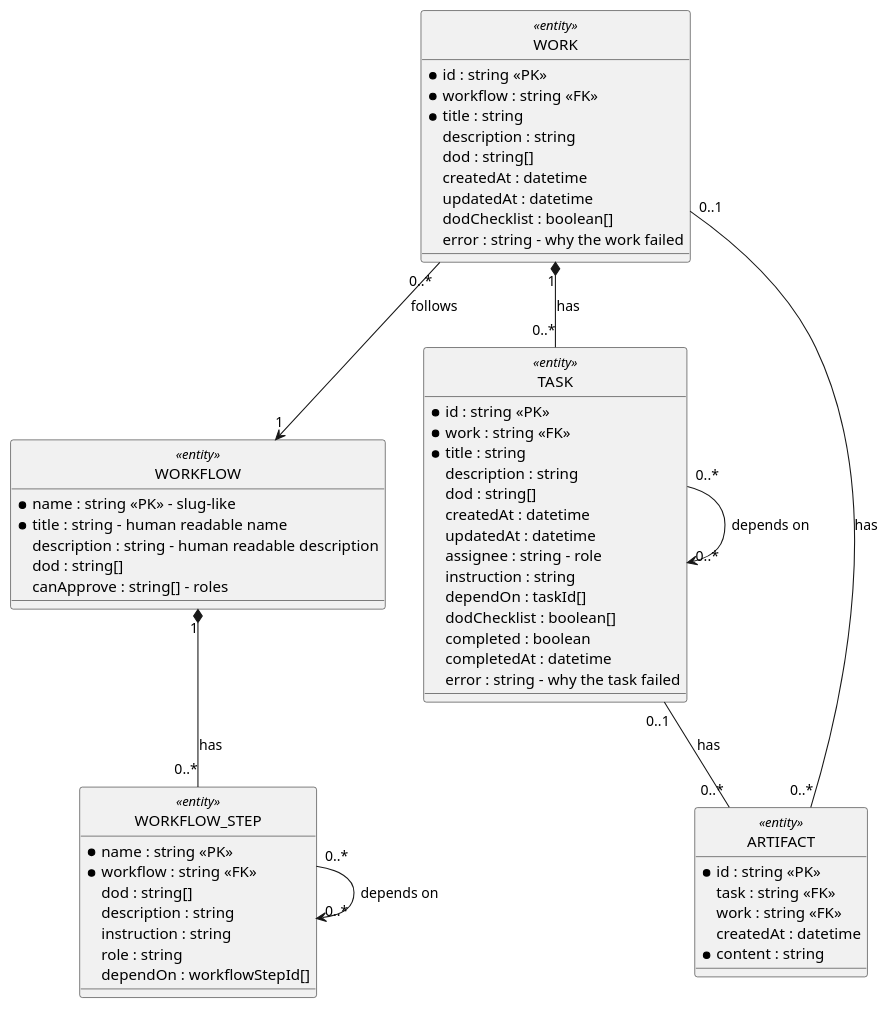
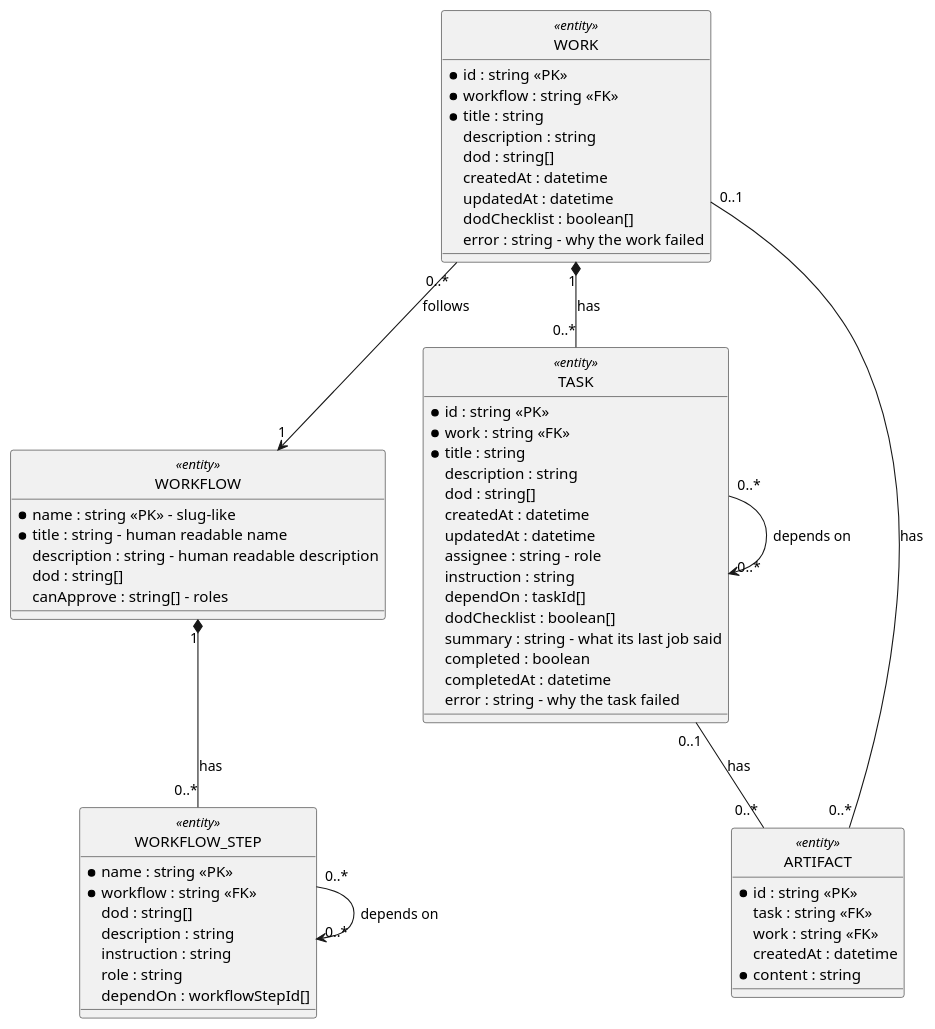
The diagram in docs/08_concepts/storage/storage.md (longlh/superteam), drawn with PlantUML before and after one commit. The commit also changed other lines of this file and 22 other files, not shown here.

````diff
--- a/docs/08_concepts/storage/storage.md
+++ b/docs/08_concepts/storage/storage.md
@@ -30,68 +30,69 @@
 ```plantuml
 @startuml
 hide circle
 
 class WORKFLOW <<entity>> {
   * name : string <<PK>> - slug-like
   * title : string - human readable name
   description : string - human readable description
   dod : string[]
   canApprove : string[] - roles
 }
 
 class WORKFLOW_STEP <<entity>> {
   * name : string <<PK>>
   * workflow : string <<FK>>
   dod : string[]
   description : string
   instruction : string
   role : string
   dependOn : workflowStepId[]
 }
 
 class WORK <<entity>> {
   * id : string <<PK>>
   * workflow : string <<FK>>
   * title : string
   description : string
   dod : string[]
   createdAt : datetime
   updatedAt : datetime
   dodChecklist : boolean[]
   error : string - why the work failed
 }
 
 class TASK <<entity>> {
   * id : string <<PK>>
   * work : string <<FK>>
   * title : string
   description : string
   dod : string[]
   createdAt : datetime
   updatedAt : datetime
   assignee : string - role
   instruction : string
   dependOn : taskId[]
   dodChecklist : boolean[]
+  summary : string - what its last job said
   completed : boolean
   completedAt : datetime
   error : string - why the task failed
 }
 
 class ARTIFACT <<entity>> {
   * id : string <<PK>>
   task : string <<FK>>
   work : string <<FK>>
   createdAt : datetime
   * content : string
 }
 
 WORKFLOW "1" *-- "0..*" WORKFLOW_STEP : has
 WORKFLOW_STEP "0..*" --> "0..*" WORKFLOW_STEP : depends on
 WORK "0..*" --> "1" WORKFLOW : follows
 WORK "1" *-- "0..*" TASK : has
 TASK "0..*" --> "0..*" TASK : depends on
 TASK "0..1" -- "0..*" ARTIFACT : has
 WORK "0..1" -- "0..*" ARTIFACT : has
 @enduml
 ```
````
